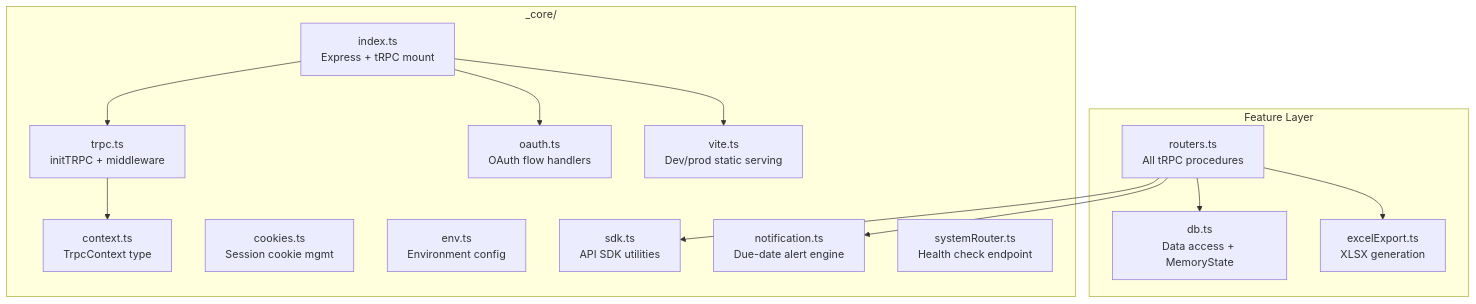
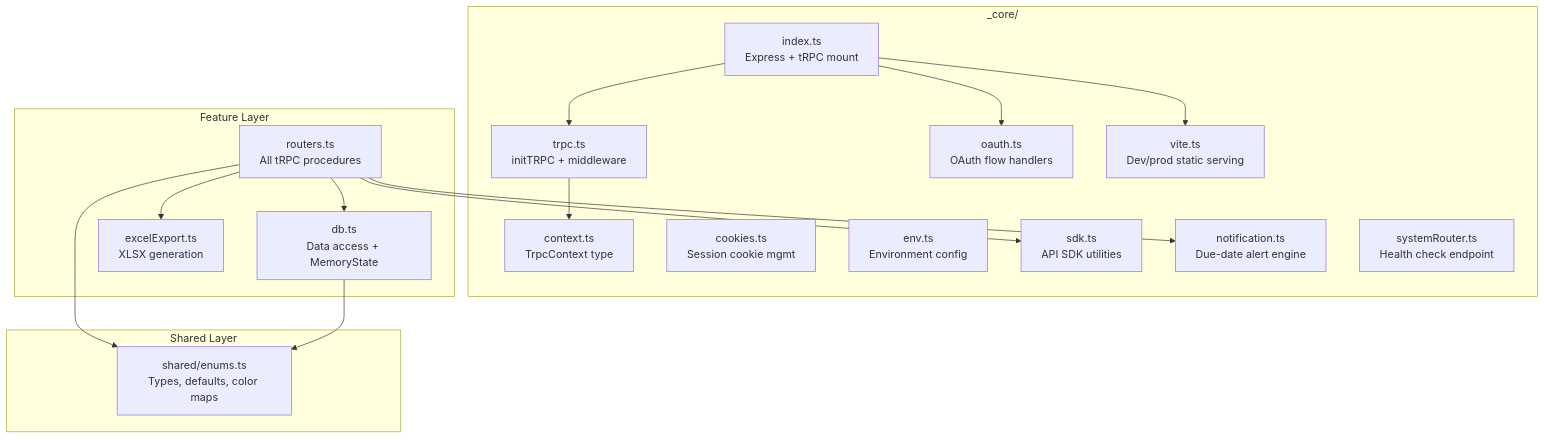
Before and after one commit to dcharb-darwin/dashboard-taskline: the fourth of 8 diagrams in docs/ARCHITECTURE.md, drawn with Mermaid. The commit also changed other lines of this file and 7 other files, not shown here.

````diff
--- a/docs/ARCHITECTURE.md
+++ b/docs/ARCHITECTURE.md
@@ -295,30 +295,36 @@
 ```mermaid
 graph TB
     subgraph "_core/"
         I["index.ts<br/>Express + tRPC mount"]
         CTX["context.ts<br/>TrpcContext type"]
         TRPC["trpc.ts<br/>initTRPC + middleware"]
         OAUTH["oauth.ts<br/>OAuth flow handlers"]
         COOK["cookies.ts<br/>Session cookie mgmt"]
         ENV["env.ts<br/>Environment config"]
         VITE["vite.ts<br/>Dev/prod static serving"]
         SDK["sdk.ts<br/>API SDK utilities"]
         NOTIF["notification.ts<br/>Due-date alert engine"]
         SYS["systemRouter.ts<br/>Health check endpoint"]
     end
 
     subgraph "Feature Layer"
         R["routers.ts<br/>All tRPC procedures"]
         DB["db.ts<br/>Data access + MemoryState"]
         XL["excelExport.ts<br/>XLSX generation"]
     end
 
+    subgraph "Shared Layer"
+        EN["shared/enums.ts<br/>Types, defaults, color maps"]
+    end
+
     I --> TRPC
     I --> OAUTH
     I --> VITE
     TRPC --> CTX
     R --> DB
     R --> XL
     R --> NOTIF
     R --> SDK
+    R --> EN
+    DB --> EN
 ```
````
